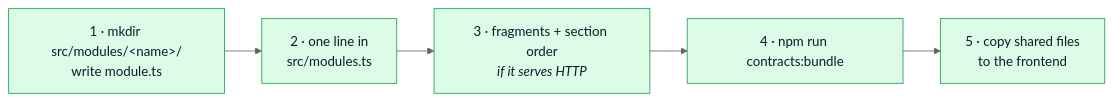
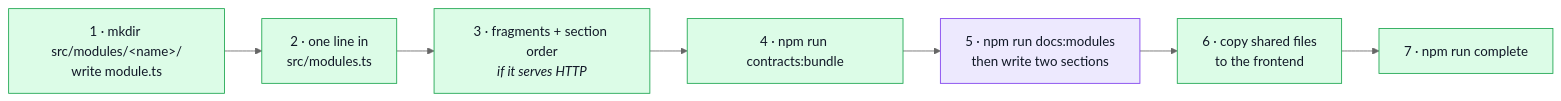
One commit to Guebbit/boilerplate-node-backend changed the first of 4 diagrams in docs/theory/module-lifecycle.md. Above: the diagram before and after it, drawn with Mermaid (neutral theme). The commit also changed other lines of this file and 33 other files, not shown here.

````diff
--- a/docs/theory/module-lifecycle.md
+++ b/docs/theory/module-lifecycle.md
@@ -60,10 +68,14 @@
 ```mermaid
 %%{init: {'flowchart': {'nodeSpacing': 40, 'rankSpacing': 45}}}%%
 flowchart LR
     A["1 · mkdir src/modules/&lt;name&gt;/<br/>write module.ts"] --> B["2 · one line in<br/>src/modules.ts"]
     B --> C["3 · fragments + section order<br/><i>if it serves HTTP</i>"]
     C --> D["4 · npm run contracts:bundle"]
-    D --> E["5 · copy shared files<br/>to the frontend"]
+    D --> E["5 · npm run docs:modules<br/>then write two sections"]
+    E --> F["6 · copy shared files<br/>to the frontend"]
+    F --> G["7 · npm run complete"]
     classDef s fill:#dcfce7,stroke:#16a34a,color:#111827;
-    class A,B,C,D,E s;
+    classDef d fill:#ede9fe,stroke:#7c3aed,color:#111827;
+    class A,B,C,D,F,G s;
+    class E d;
 ```
````
